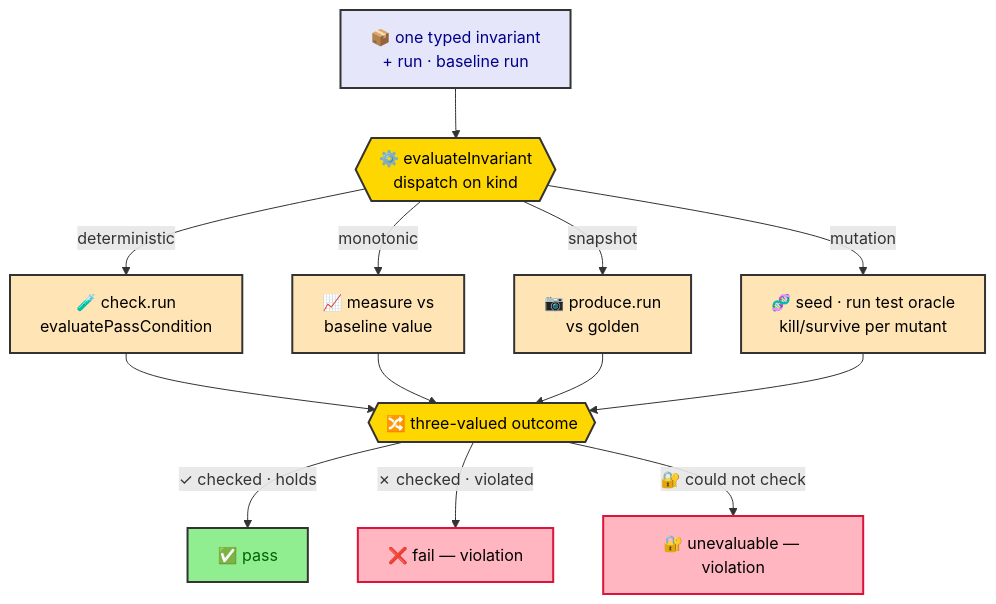
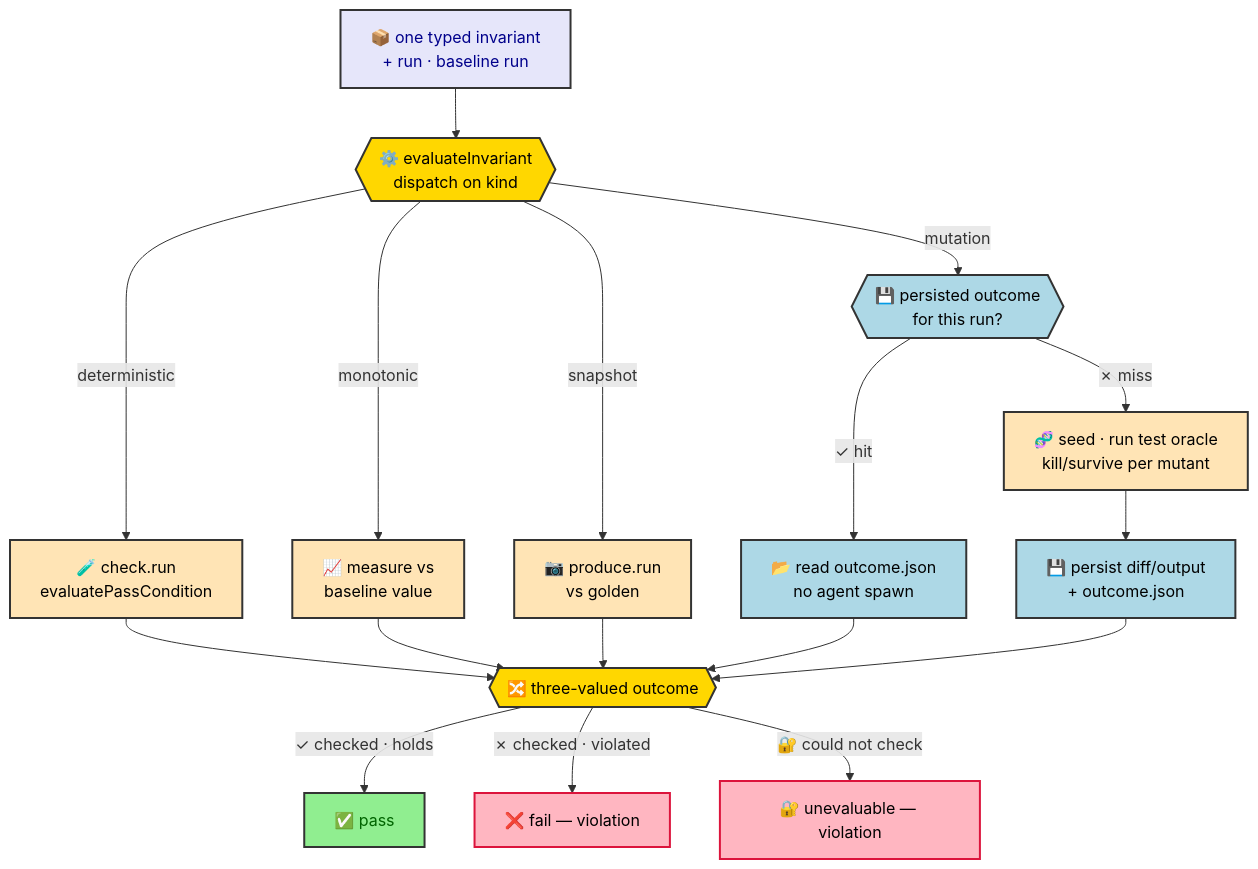
Before and after one commit to joctaTorres/ratchet: the second of 3 diagrams in docs/eval-invariants.md, drawn with Mermaid. The commit also changed other lines of this file and 12 other files, not shown here.

First line of the commit message:
feat(eval): persist replayable mutation evidence and cache the outcome

````diff
--- a/docs/eval-invariants.md
+++ b/docs/eval-invariants.md
@@ -85,34 +85,41 @@
 ```mermaid
 flowchart TD
     INV[📦 one typed invariant<br/>+ run · baseline run]
     EVAL{{⚙️ evaluateInvariant<br/>dispatch on kind}}
 
     INV --> EVAL
 
     EVAL -->|deterministic| DET[🧪 check.run<br/>evaluatePassCondition]
     EVAL -->|monotonic| MON[📈 measure vs<br/>baseline value]
     EVAL -->|snapshot| SNAP[📷 produce.run<br/>vs golden]
-    EVAL -->|mutation| MUT[🧬 seed · run test oracle<br/>kill/survive per mutant]
+    EVAL -->|mutation| MUTCACHE{{💾 persisted outcome<br/>for this run?}}
+
+    MUTCACHE -->|✓ hit| MUTHIT[📂 read outcome.json<br/>no agent spawn]
+    MUTCACHE -->|✗ miss| MUT[🧬 seed · run test oracle<br/>kill/survive per mutant]
+    MUT --> MUTSAVE[💾 persist diff/output<br/>+ outcome.json]
 
     DET --> OUTCOME
     MON --> OUTCOME
     SNAP --> OUTCOME
-    MUT --> OUTCOME
+    MUTHIT --> OUTCOME
+    MUTSAVE --> OUTCOME
 
     OUTCOME{{🔀 three-valued outcome}}
     OUTCOME -->|✓ checked · holds| PASS[✅ pass]
     OUTCOME -->|✗ checked · violated| FAILV[❌ fail — violation]
     OUTCOME -->|🔐 could not check| UNEV[🔐 unevaluable — violation]
 
     classDef source   fill:#E6E6FA,stroke:#333,stroke-width:2px,color:darkblue
     classDef core     fill:#FFD700,stroke:#333,stroke-width:2px,color:black
     classDef kind     fill:#FFE4B5,stroke:#333,stroke-width:2px,color:black
     classDef ok       fill:#90EE90,stroke:#333,stroke-width:2px,color:darkgreen
     classDef err      fill:#FFB6C1,stroke:#DC143C,stroke-width:2px,color:black
+    classDef cache    fill:#ADD8E6,stroke:#333,stroke-width:2px,color:black
 
     class INV source
     class EVAL,OUTCOME core
     class DET,MON,SNAP,MUT kind
     class PASS ok
     class FAILV,UNEV err
+    class MUTCACHE,MUTHIT,MUTSAVE cache
 ```
````
